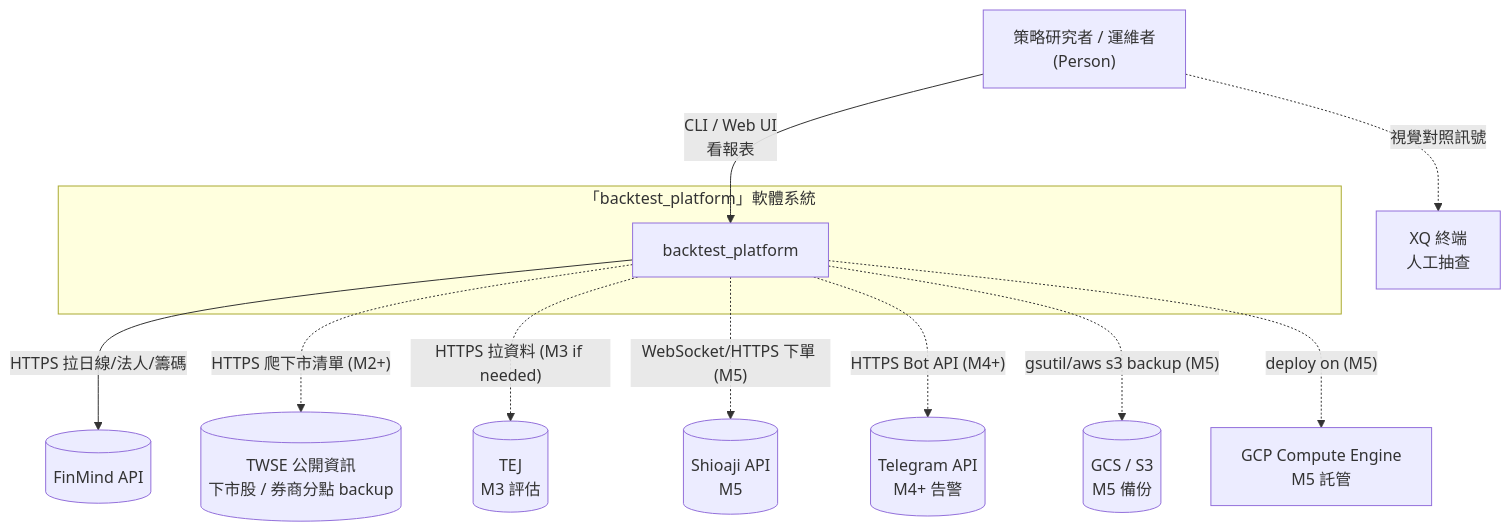
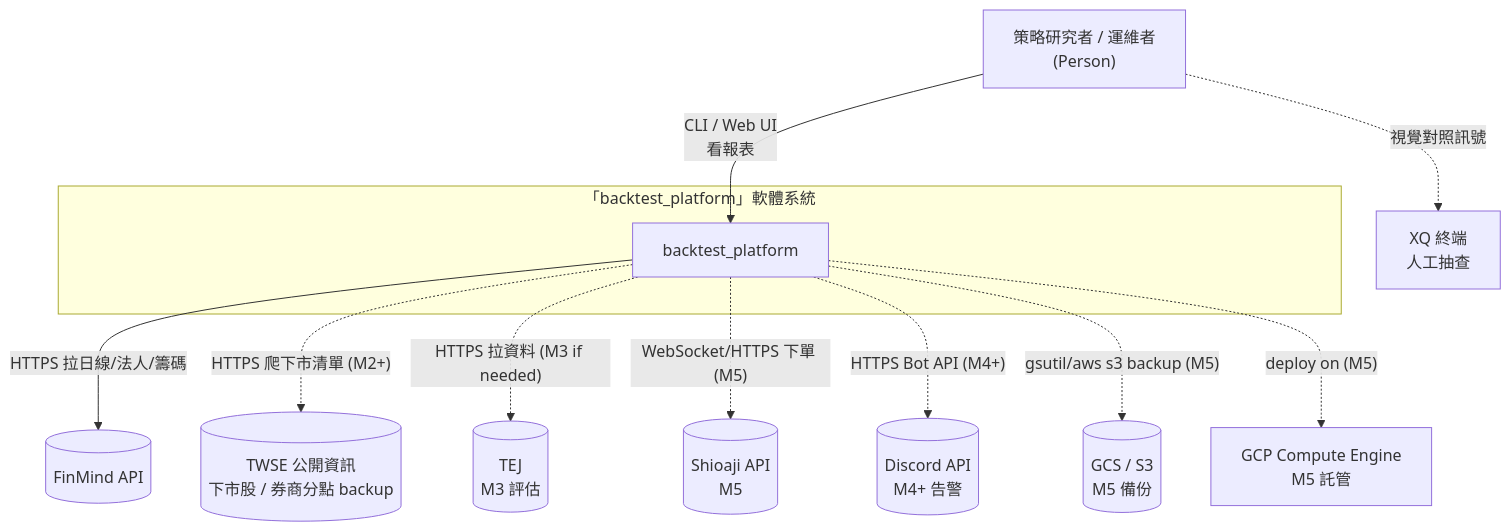
Before and after one commit to Zenobia000/Quantitative_Trading: the first of 11 diagrams in dev_docs/05_architecture_and_design_document.md, drawn with Mermaid. The commit also changed other lines of this file and 12 other files, not shown here.

First line of the commit message:
docs: sweep Telegram → Discord across 13 docs (ADR-010 落地)

````diff
--- a/dev_docs/05_architecture_and_design_document.md
+++ b/dev_docs/05_architecture_and_design_document.md
@@ -100,27 +100,27 @@
 ```mermaid
 flowchart TB
     user["策略研究者 / 運維者<br/>(Person)"]
 
     subgraph boundary["「backtest_platform」軟體系統"]
         sys["backtest_platform"]
     end
 
     finmind[("FinMind API")]
     twse[("TWSE 公開資訊<br/>下市股 / 券商分點 backup")]
     tej[("TEJ<br/>M3 評估")]
     xq["XQ 終端<br/>人工抽查"]
     shioaji[("Shioaji API<br/>M5")]
-    telegram[("Telegram API<br/>M4+ 告警")]
+    discord[("Discord API<br/>M4+ 告警")]
     gcs[("GCS / S3<br/>M5 備份")]
     gcp["GCP Compute Engine<br/>M5 託管"]
 
     user -->|"CLI / Web UI<br/>看報表"| sys
     sys -->|"HTTPS 拉日線/法人/籌碼"| finmind
     sys -.->|"HTTPS 爬下市清單 (M2+)"| twse
     sys -.->|"HTTPS 拉資料 (M3 if needed)"| tej
     sys -.->|"WebSocket/HTTPS 下單 (M5)"| shioaji
-    sys -.->|"HTTPS Bot API (M4+)"| telegram
+    sys -.->|"HTTPS Bot API (M4+)"| discord
     sys -.->|"gsutil/aws s3 backup (M5)"| gcs
     sys -.->|"deploy on (M5)"| gcp
     user -.->|"視覺對照訊號"| xq
 ```
````
